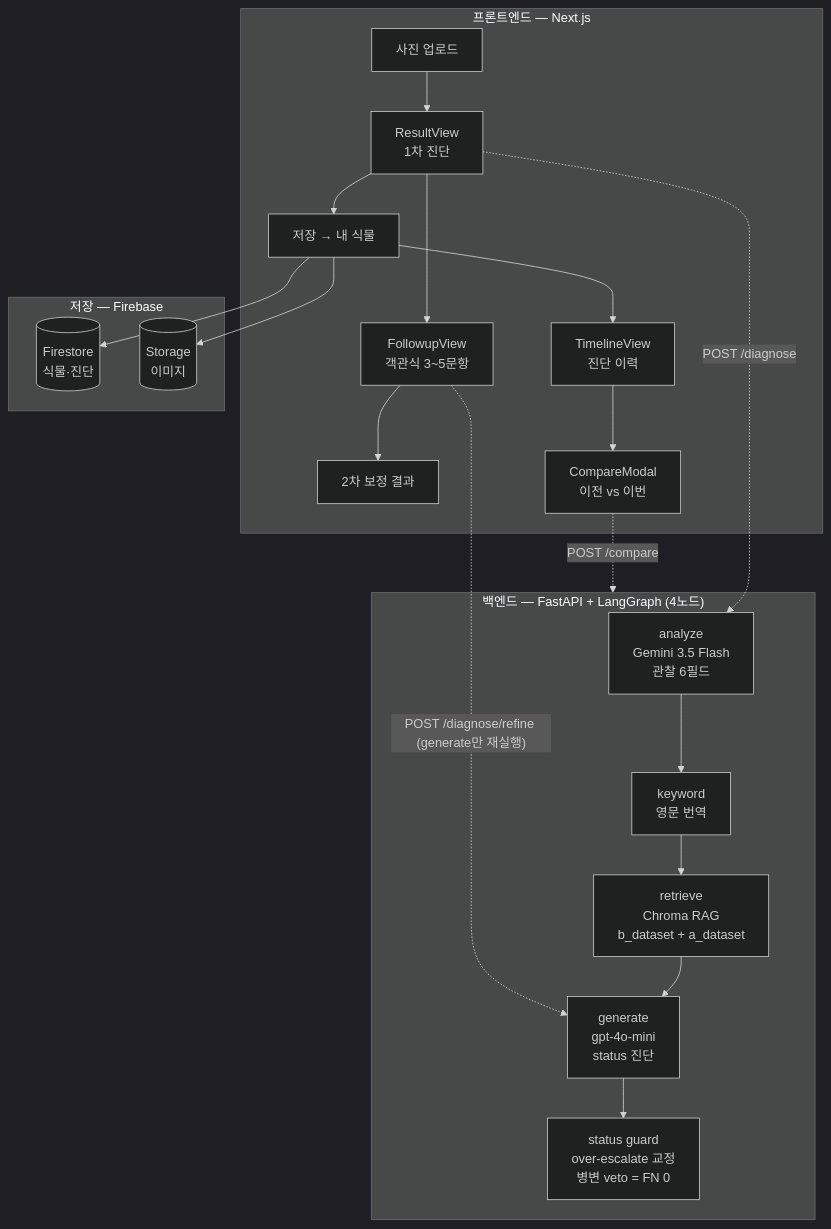
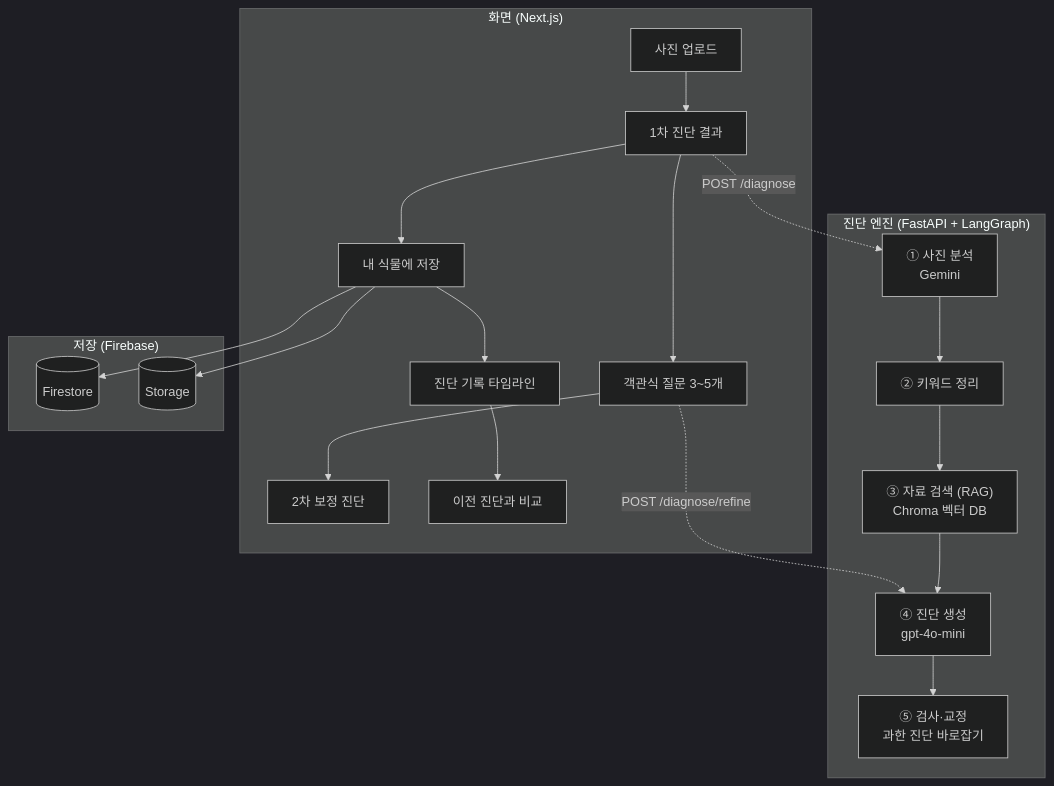
One commit to rangedayo/plant-diagnosis changed the diagram in README.md. Above: the diagram before and after it, drawn with Mermaid (dark theme). The commit also changed other lines of this file, not shown here.

````diff
--- a/README.md
+++ b/README.md
@@ -56,29 +36,28 @@
 ```mermaid
 flowchart TB
-    subgraph FE["프론트엔드 — Next.js"]
-        U[사진 업로드] --> R["ResultView<br/>1차 진단"]
-        R --> FU["FollowupView<br/>객관식 3~5문항"]
-        FU --> R2["2차 보정 결과"]
-        R --> SV["저장 → 내 식물"]
-        SV --> TL["TimelineView<br/>진단 이력"]
-        TL --> CMP["CompareModal<br/>이전 vs 이번"]
+    subgraph FE["화면 (Next.js)"]
+        U[사진 업로드] --> R["1차 진단 결과"]
+        R --> FU["객관식 질문 3~5개"]
+        FU --> R2["2차 보정 진단"]
+        R --> SV["내 식물에 저장"]
+        SV --> TL["진단 기록 타임라인"]
+        TL --> CMP["이전 진단과 비교"]
     end
 
-    subgraph BE["백엔드 — FastAPI + LangGraph (4노드)"]
-        A["analyze<br/>Gemini 3.5 Flash<br/>관찰 6필드"] --> K["keyword<br/>영문 번역"]
-        K --> RET["retrieve<br/>Chroma RAG<br/>b_dataset + a_dataset"]
-        RET --> G["generate<br/>gpt-4o-mini<br/>status 진단"]
-        G --> SG["status guard<br/>over-escalate 교정<br/>병변 veto = FN 0"]
+    subgraph BE["진단 엔진 (FastAPI + LangGraph)"]
+        A["① 사진 분석<br/>Gemini"] --> K["② 키워드 정리"]
+        K --> RET["③ 자료 검색 (RAG)<br/>Chroma 벡터 DB"]
+        RET --> G["④ 진단 생성<br/>gpt-4o-mini"]
+        G --> SG["⑤ 검사·교정<br/>과한 진단 바로잡기"]
     end
 
-    subgraph DATA["저장 — Firebase"]
-        FS[(Firestore<br/>식물·진단)]
-        ST[(Storage<br/>이미지)]
+    subgraph DATA["저장 (Firebase)"]
+        FS[(Firestore)]
+        ST[(Storage)]
     end
 
     R -. "POST /diagnose" .-> A
-    FU -. "POST /diagnose/refine (generate만 재실행)" .-> G
-    CMP -. "POST /compare" .-> BE
+    FU -. "POST /diagnose/refine" .-> G
     SV --> FS
     SV --> ST
 ```
````
